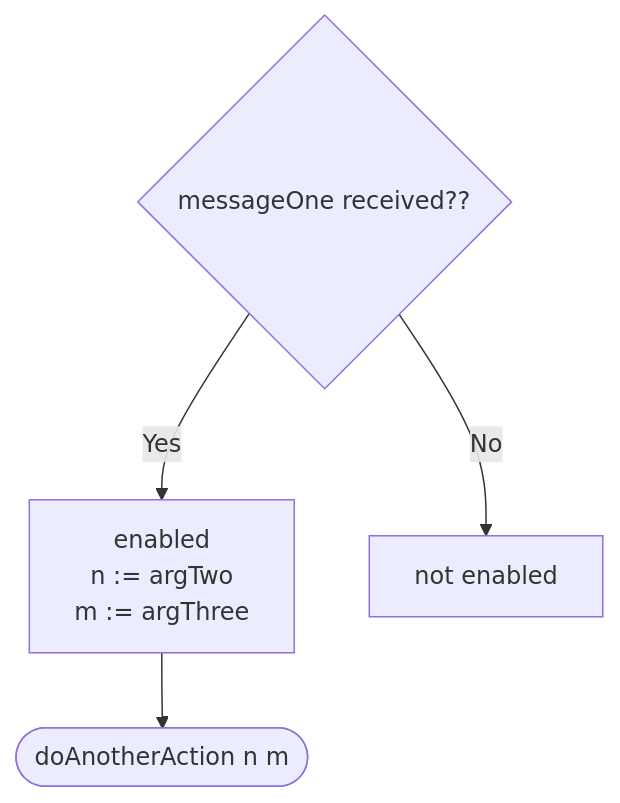
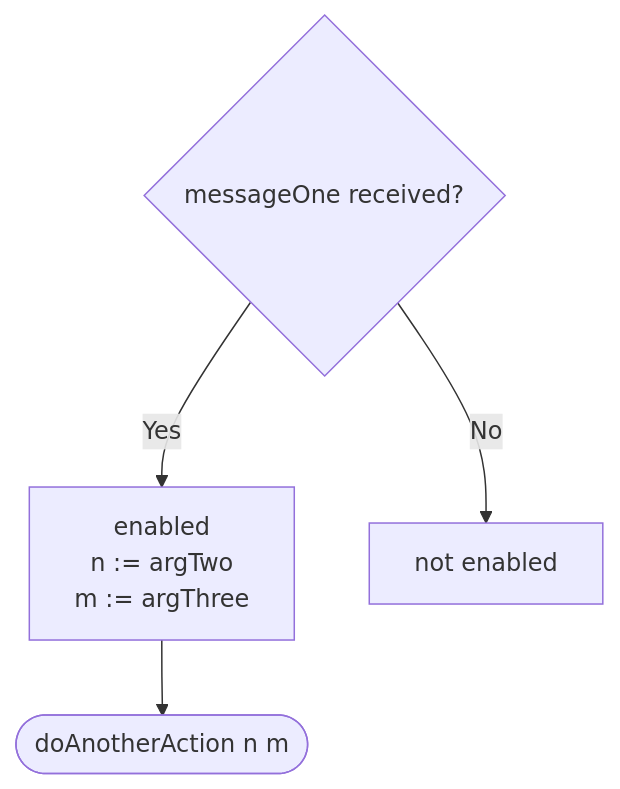
The diagram in docs/tutorial/engines/template/engine_dynamics.juvix.md (anoma/nspec), drawn with Mermaid before and after one commit. The commit also changed other lines of this file, not shown here.

````diff
--- a/docs/tutorial/engines/template/engine_dynamics.juvix.md
+++ b/docs/tutorial/engines/template/engine_dynamics.juvix.md
@@ -554,7 +546,7 @@
         ```mermaid
         flowchart TD
-            C{messageOne received??}
+            C{messageOne received?}
             C -->|Yes| D[enabled<br>n := argTwo<br>m := argThree ]
             C -->|No| E[not enabled]
             D --> F([doAnotherAction n m])
         ```
````
